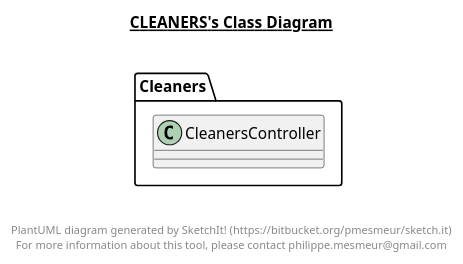
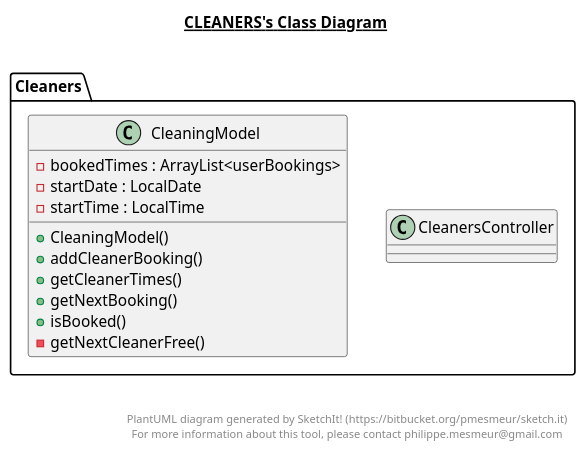
The diagram in out/production/meetingBooking/Cleaners/Cleaners.plantuml (hegde-atri/meetingBooking), drawn with PlantUML before and after one commit. The commit also changed 30 other files, not shown here.

```diff
--- a/out/production/meetingBooking/Cleaners/Cleaners.plantuml
+++ b/out/production/meetingBooking/Cleaners/Cleaners.plantuml
@@ -1,20 +1,35 @@
 @startuml
 
 title __CLEANERS's Class Diagram__\n
 
   namespace Cleaners {
     class Cleaners.CleanersController {
+    }
+  }
+  
+
+  namespace Cleaners {
+    class Cleaners.CleaningModel {
+        - bookedTimes : ArrayList<userBookings>
+        - startDate : LocalDate
+        - startTime : LocalTime
+        + CleaningModel()
+        + addCleanerBooking()
+        + getCleanerTimes()
+        + getNextBooking()
+        + isBooked()
+        - getNextCleanerFree()
     }
   }
   
 
 
 
 right footer
 
 
 PlantUML diagram generated by SketchIt! (https://bitbucket.org/pmesmeur/sketch.it)
 For more information about this tool, please contact philippe.mesmeur@gmail.com
 endfooter
 
 @enduml
```
